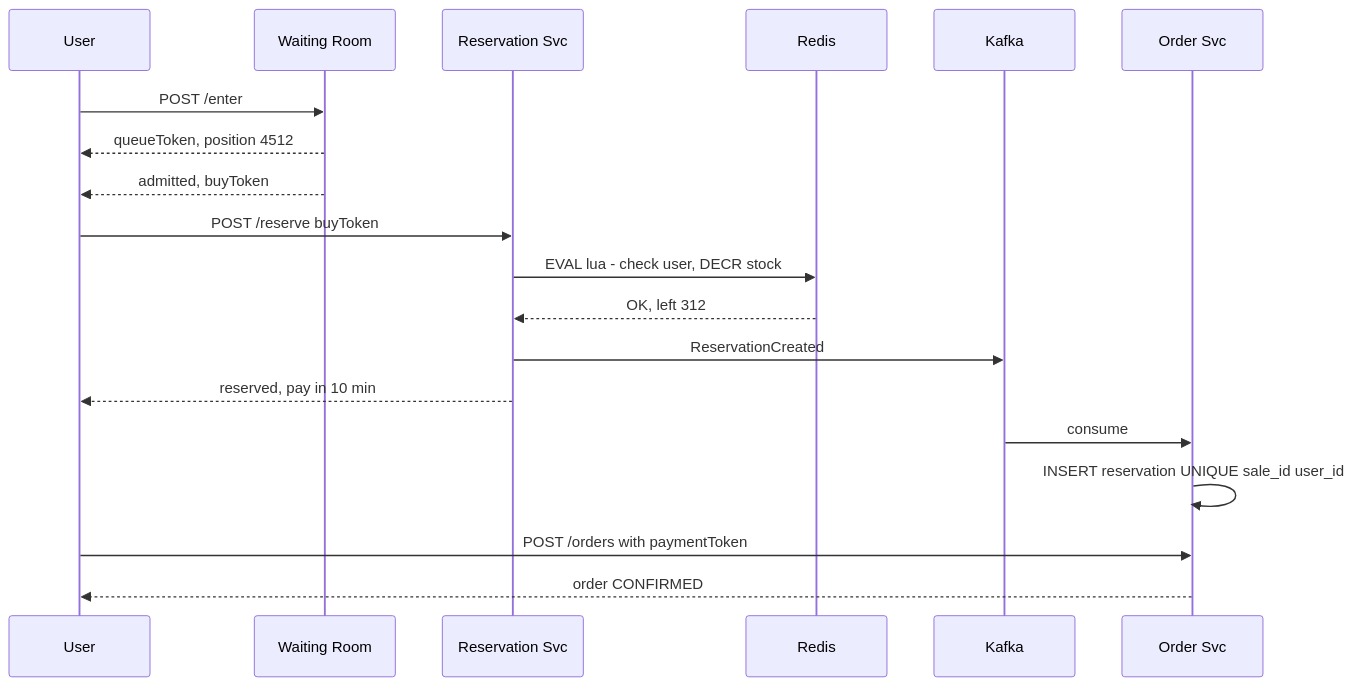
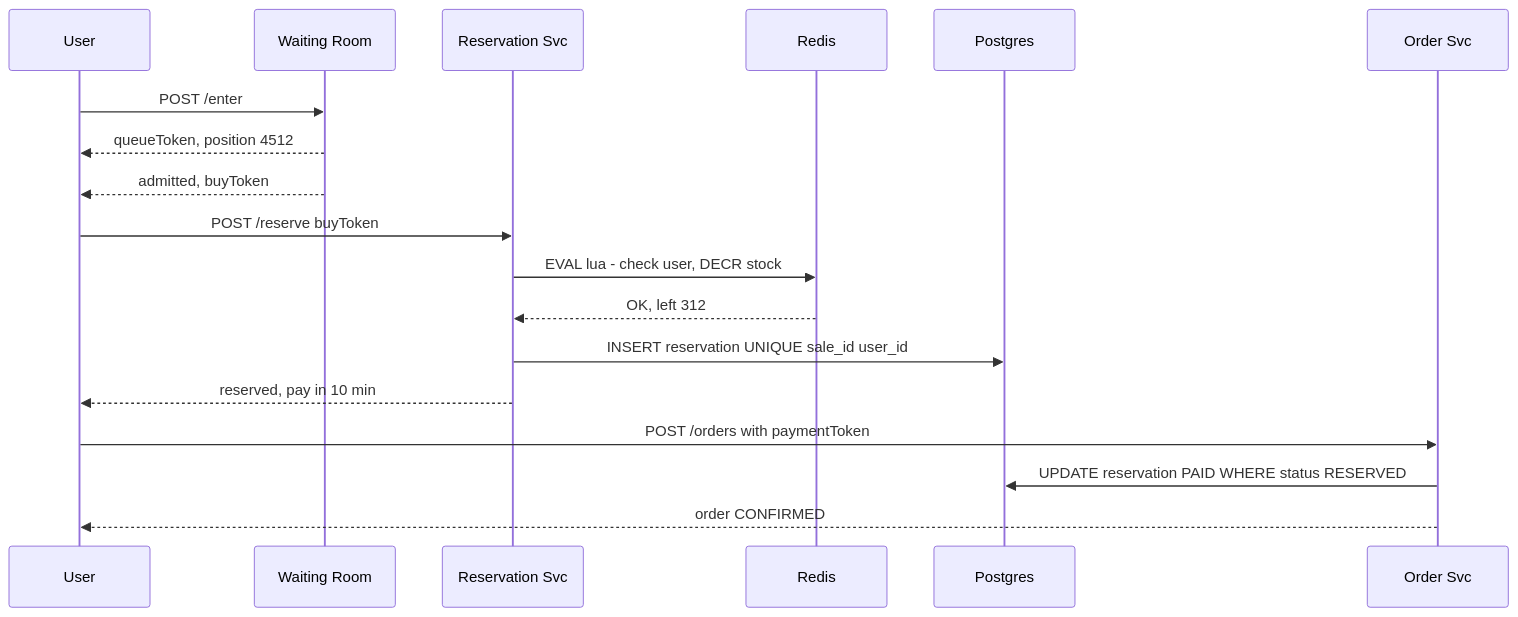
Before and after one commit to flow6979/system-design-prep: the second of 2 diagrams in content-en/02-questions/t2-15-flash-sale.md, drawn with Mermaid. The commit also changed other lines of this file and 61 other files, not shown here.

````diff
--- a/content-en/02-questions/t2-15-flash-sale.md
+++ b/content-en/02-questions/t2-15-flash-sale.md
@@ -100,21 +107,20 @@
 ```mermaid
 sequenceDiagram
   participant U as User
   participant W as Waiting Room
   participant R as Reservation Svc
   participant RD as Redis
-  participant K as Kafka
+  participant DB as Postgres
   participant O as Order Svc
   U->>W: POST /enter
   W-->>U: queueToken, position 4512
   W-->>U: admitted, buyToken
   U->>R: POST /reserve buyToken
   R->>RD: EVAL lua - check user, DECR stock
   RD-->>R: OK, left 312
-  R->>K: ReservationCreated
+  R->>DB: INSERT reservation UNIQUE sale_id user_id
   R-->>U: reserved, pay in 10 min
-  K->>O: consume
-  O->>O: INSERT reservation UNIQUE sale_id user_id
   U->>O: POST /orders with paymentToken
+  O->>DB: UPDATE reservation PAID WHERE status RESERVED
   O-->>U: order CONFIRMED
 ```
````
